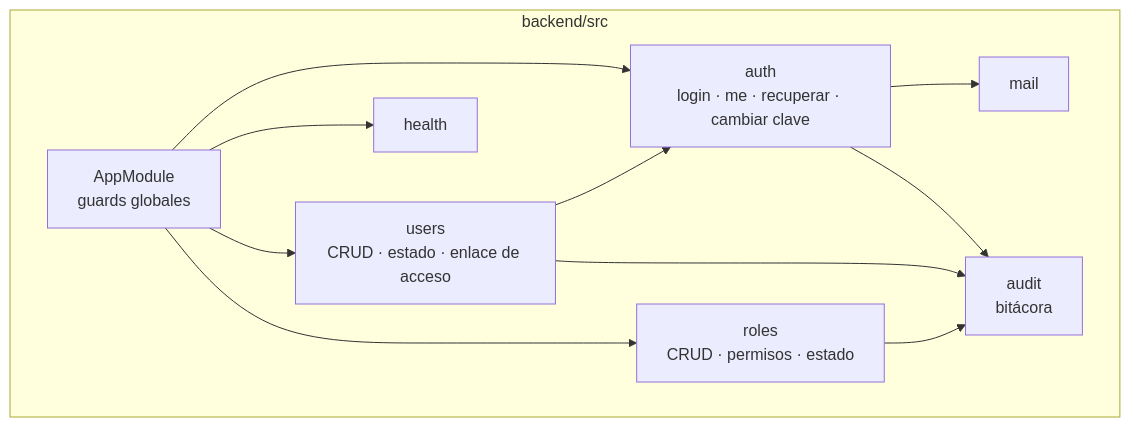
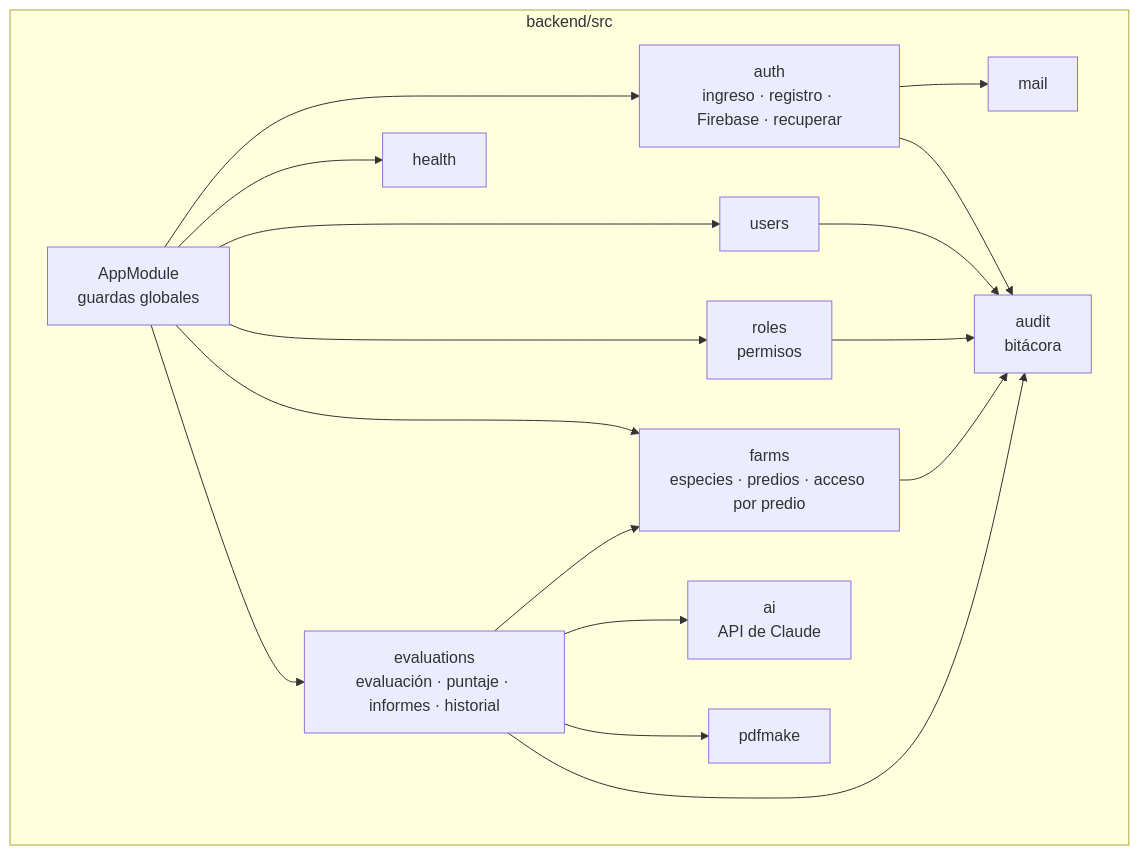
One commit to 98765432100123456/Aplicacion-a-la-inteligencia-artificial- changed the second of 6 diagrams in docs/ARQUITECTURA.md. Above: the diagram before and after it, drawn with Mermaid. The commit also changed other lines of this file and 23 other files, not shown here.

````diff
--- a/docs/ARQUITECTURA.md
+++ b/docs/ARQUITECTURA.md
@@ -73,12 +76,16 @@
 ```mermaid
 flowchart TB
     subgraph API[backend/src]
-        APP[AppModule<br/>guards globales] --> AUTH[auth<br/>login · me · recuperar · cambiar clave]
-        APP --> USERS[users<br/>CRUD · estado · enlace de acceso]
-        APP --> ROLES[roles<br/>CRUD · permisos · estado]
+        APP[AppModule<br/>guardas globales] --> AUTH[auth<br/>ingreso · registro · Firebase · recuperar]
+        APP --> USERS[users]
+        APP --> ROLES[roles<br/>permisos]
+        APP --> FARMS[farms<br/>especies · predios · acceso por predio]
+        APP --> EVAL[evaluations<br/>evaluación · puntaje · informes · historial]
         APP --> HEALTH[health]
+        EVAL --> FARMS
+        EVAL --> AI[ai<br/>API de Claude]
+        EVAL --> PDF[pdfmake]
         AUTH --> MAIL[mail]
-        USERS --> AUTH
-        AUTH & USERS & ROLES --> AUDIT[audit<br/>bitácora]
+        AUTH & USERS & ROLES & FARMS & EVAL --> AUDIT[audit<br/>bitácora]
     end
 ```
````
